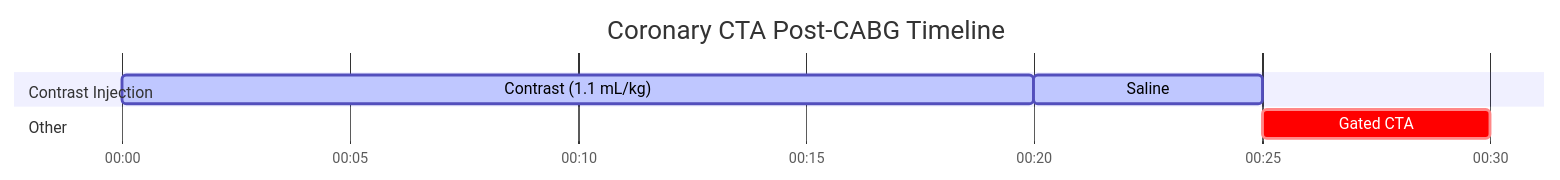
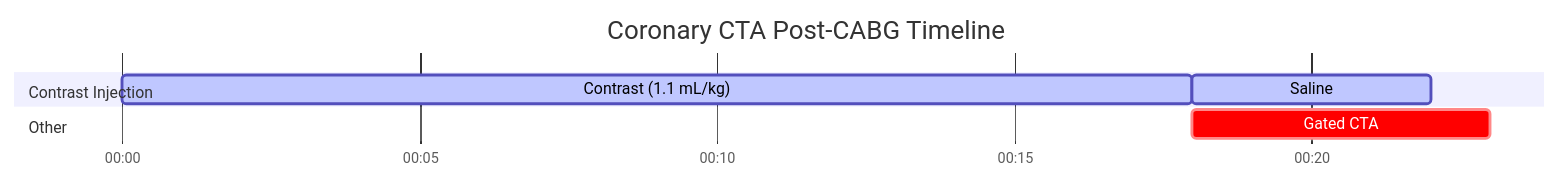
The diagram in docs/ct/cardiac/coronary-cta-post-cabg.md (dfergs93/radiology-protocols), drawn with Mermaid before and after one commit. The commit also changed other lines of this file and 85 other files, not shown here.

Commit message:
Regenerate protocol markdown files with acquisition-diagram placeholder

````diff
--- a/docs/ct/cardiac/coronary-cta-post-cabg.md
+++ b/docs/ct/cardiac/coronary-cta-post-cabg.md
@@ -89,18 +89,18 @@
   ```mermaid
   ---
   displayMode: compact
   config:
     theme: default
     themeCSS: " #Saline{ fill: #4ed5ff; stroke: #2094f3; } "
   ---
     gantt
       title Coronary CTA Post-CABG Timeline
       dateFormat mm:ss
       axisFormat %M:%S 
       
       section Contrast Injection
-      Contrast (1.1 mL/kg)    :active, contrast, 00:00, 20s
-      Saline          :active, saline, after contrast, 5s
+      Contrast (1.1 mL/kg)    :active, contrast, 00:00, 18s
+      Saline          :active, saline, after contrast, 4s
       section Other
-      Gated CTA    :crit, scan1, after saline, 5s
+      Gated CTA    :crit, scan1, after contrast, 5s
   ```
````
